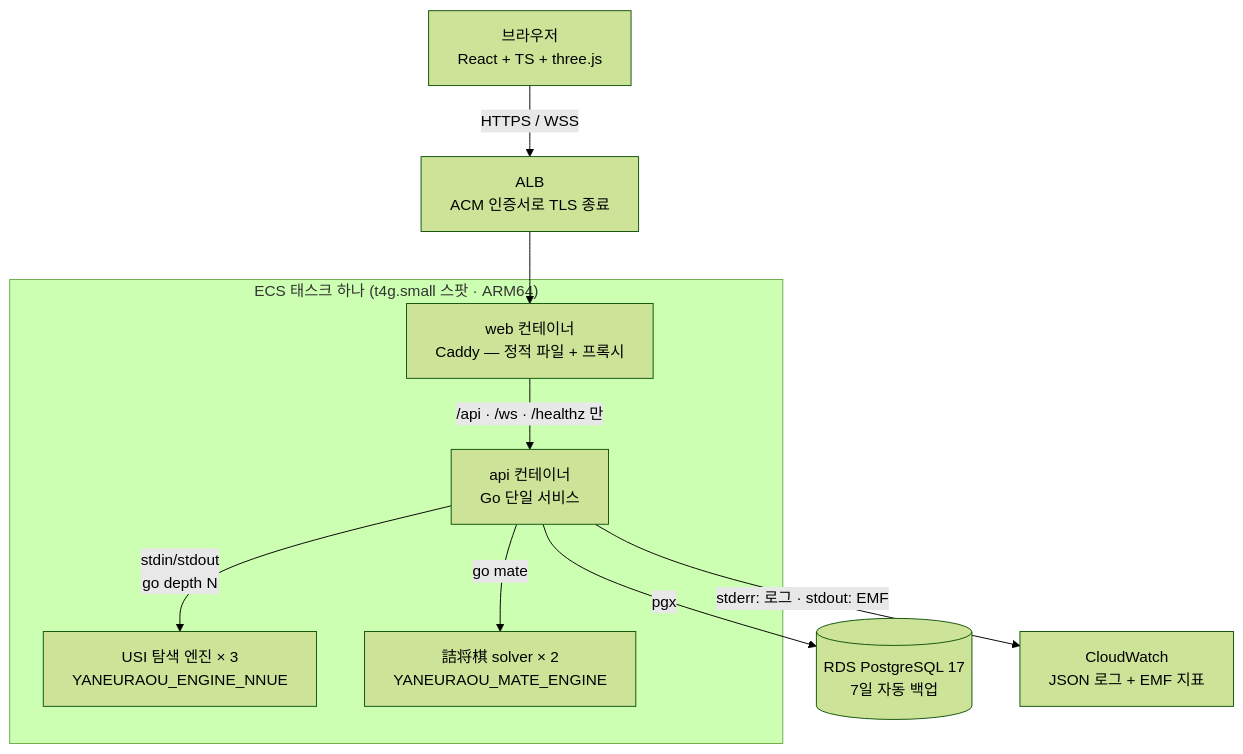
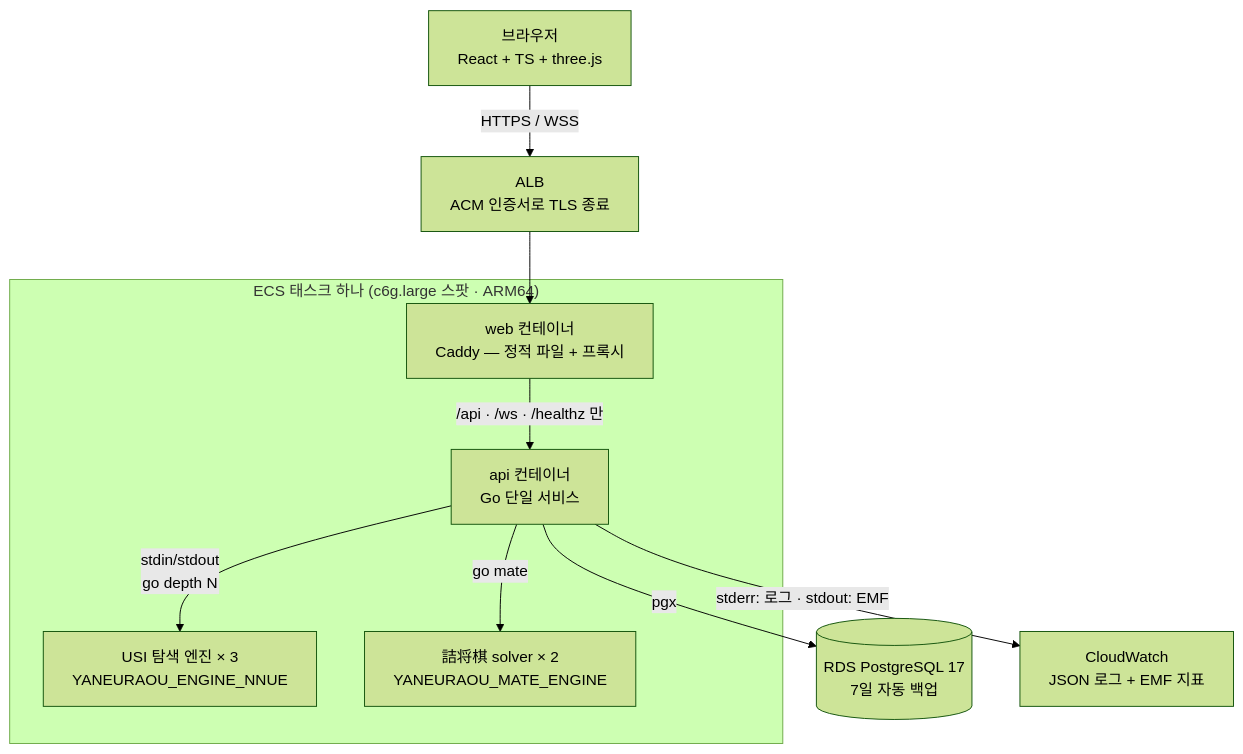
One commit to jovid18/show-gi changed the first of 8 diagrams in docs/spec/architecture.md. Above: the diagram before and after it, drawn with Mermaid (forest theme). The commit also changed other lines of this file and 11 other files, not shown here.

````diff
--- a/docs/spec/architecture.md
+++ b/docs/spec/architecture.md
@@ -18,22 +18,22 @@
 ```mermaid
 flowchart TB
     B["브라우저<br/>React + TS + three.js"]
 
-    subgraph task["ECS 태스크 하나 (t4g.small 스팟 · ARM64)"]
+    subgraph task["ECS 태스크 하나 (c6g.large 스팟 · ARM64)"]
         C["web 컨테이너<br/>Caddy — 정적 파일 + 프록시"]
         A["api 컨테이너<br/>Go 단일 서비스"]
         E1["USI 탐색 엔진 × 3<br/>YANEURAOU_ENGINE_NNUE"]
         E2["詰将棋 solver × 2<br/>YANEURAOU_MATE_ENGINE"]
     end
 
     ALB["ALB<br/>ACM 인증서로 TLS 종료"]
     DB[("RDS PostgreSQL 17<br/>7일 자동 백업")]
     CW["CloudWatch<br/>JSON 로그 + EMF 지표"]
 
     B -- HTTPS / WSS --> ALB --> C
     C -- "/api · /ws · /healthz 만" --> A
     A -- "stdin/stdout<br/>go depth N" --> E1
     A -- "go mate" --> E2
     A -- pgx --> DB
     A -- "stderr: 로그 · stdout: EMF" --> CW
 ```
````
